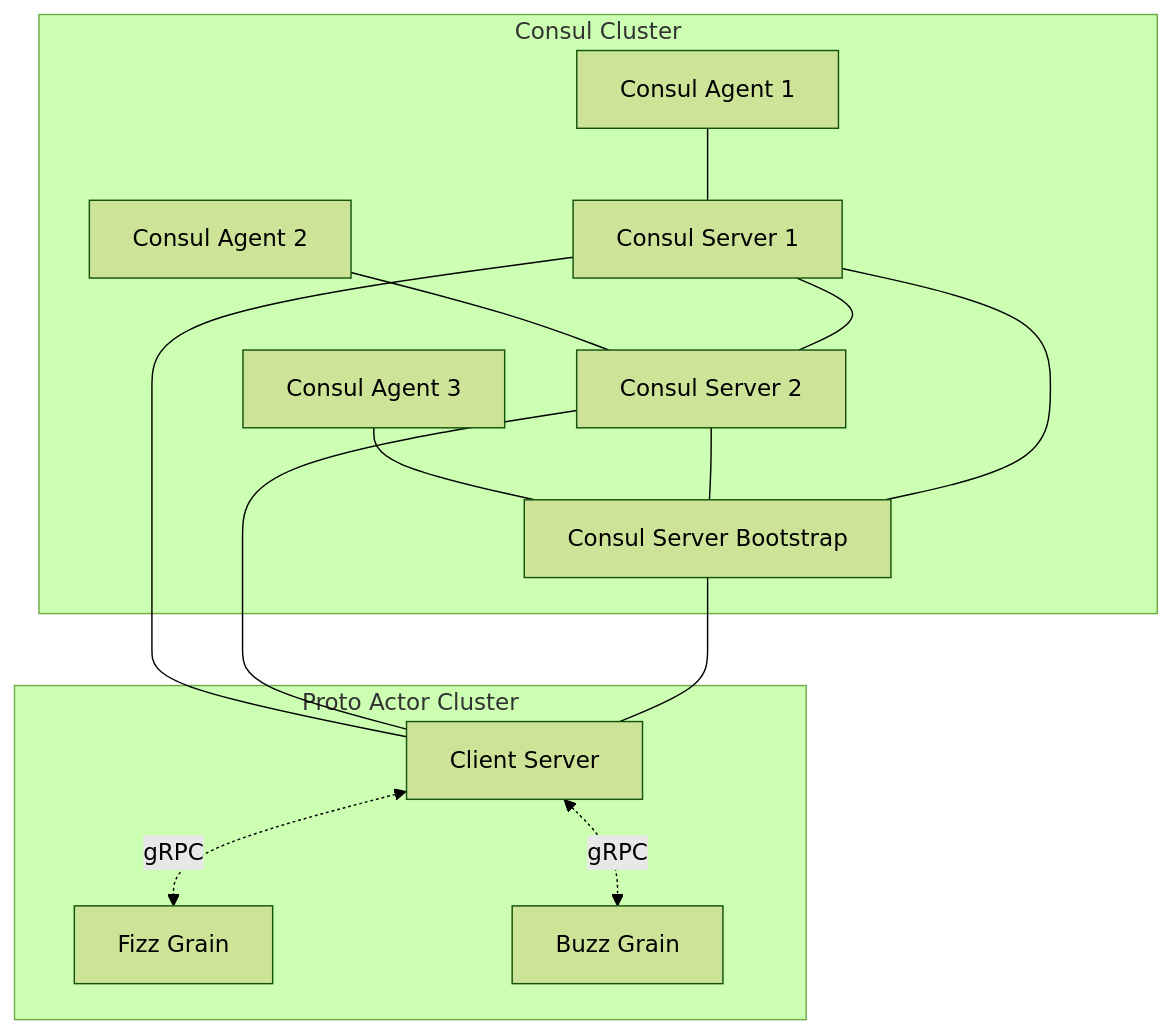
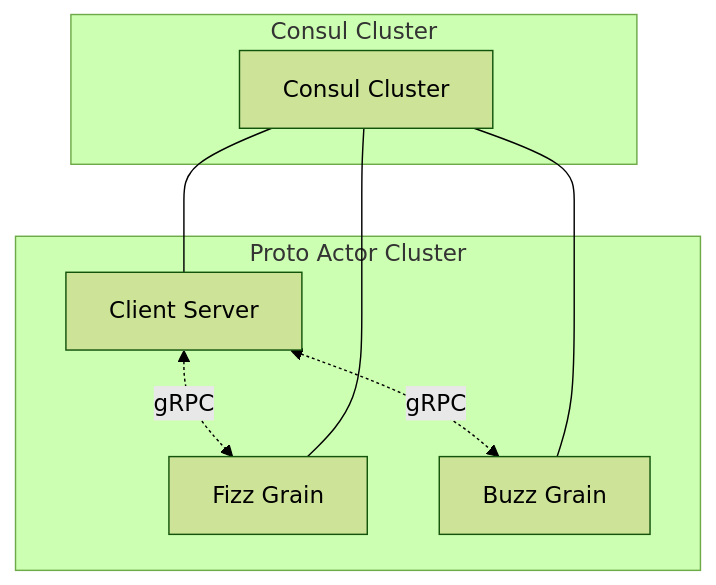
One commit to ytake/go-actor-metrics-sample changed the diagram in README.md. Above: the diagram before and after it, drawn with Mermaid (forest theme).

````diff
--- a/README.md
+++ b/README.md
@@ -5,29 +5,18 @@
 ```mermaid
 graph TB
     subgraph "Consul Cluster"
-        CA1[Consul Agent 1]
-        CA2[Consul Agent 2]
-        CA3[Consul Agent 3]
-        CS1[Consul Server 1]
-        CS2[Consul Server 2]
-        CSB[Consul Server Bootstrap]
-        CA1 --- CS1
-        CA2 --- CS2
-        CA3 --- CSB
-        CS1 --- CS2
-        CS2 --- CSB
-        CSB --- CS1
+        Consul[Consul Cluster]
     end
 
     subgraph "Proto Actor Cluster"
         Client[Client Server]
         FizzGrain[Fizz Grain]
         BuzzGrain[Buzz Grain]
         Client <-.->|gRPC| FizzGrain
         Client <-.->|gRPC| BuzzGrain
     end
 
-    CS1 --- Client
-    CS2 --- Client
-    CSB --- Client
+    Consul --- Client
+    Consul --- FizzGrain
+    Consul --- BuzzGrain
 ```
````
